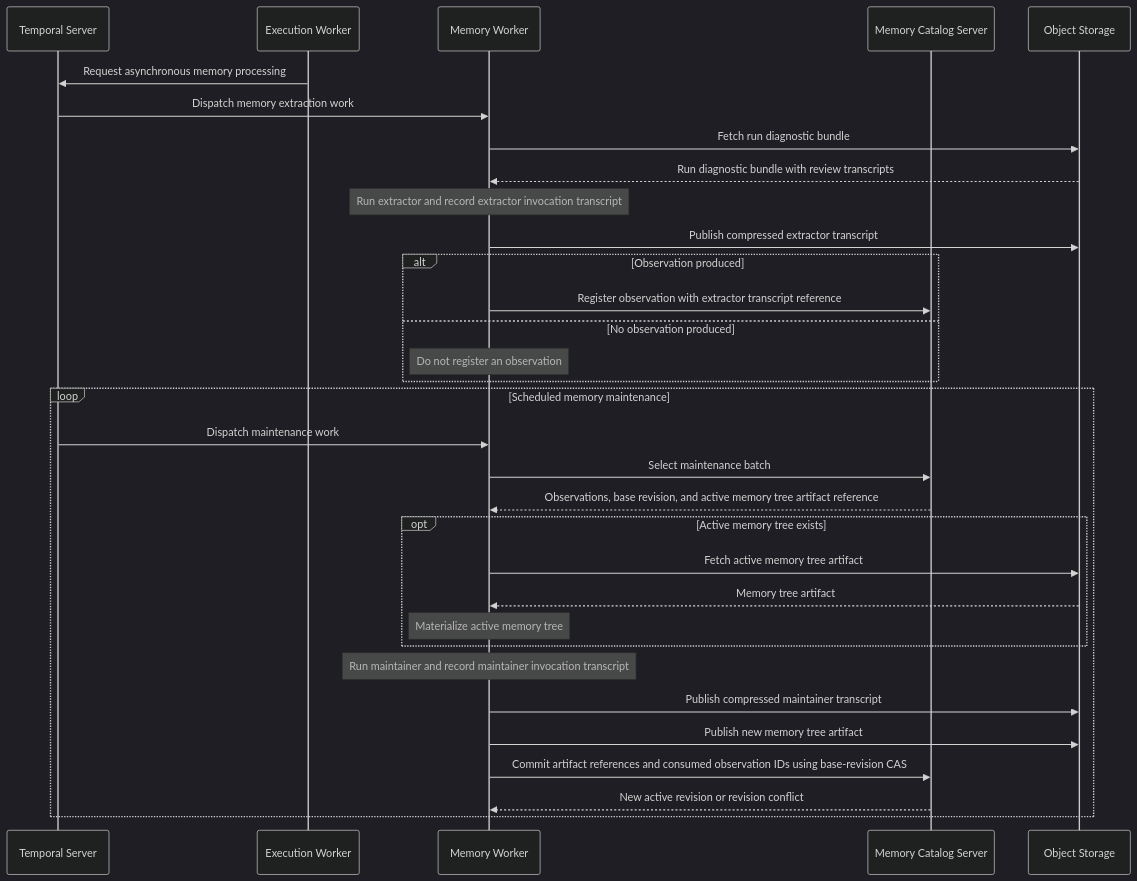
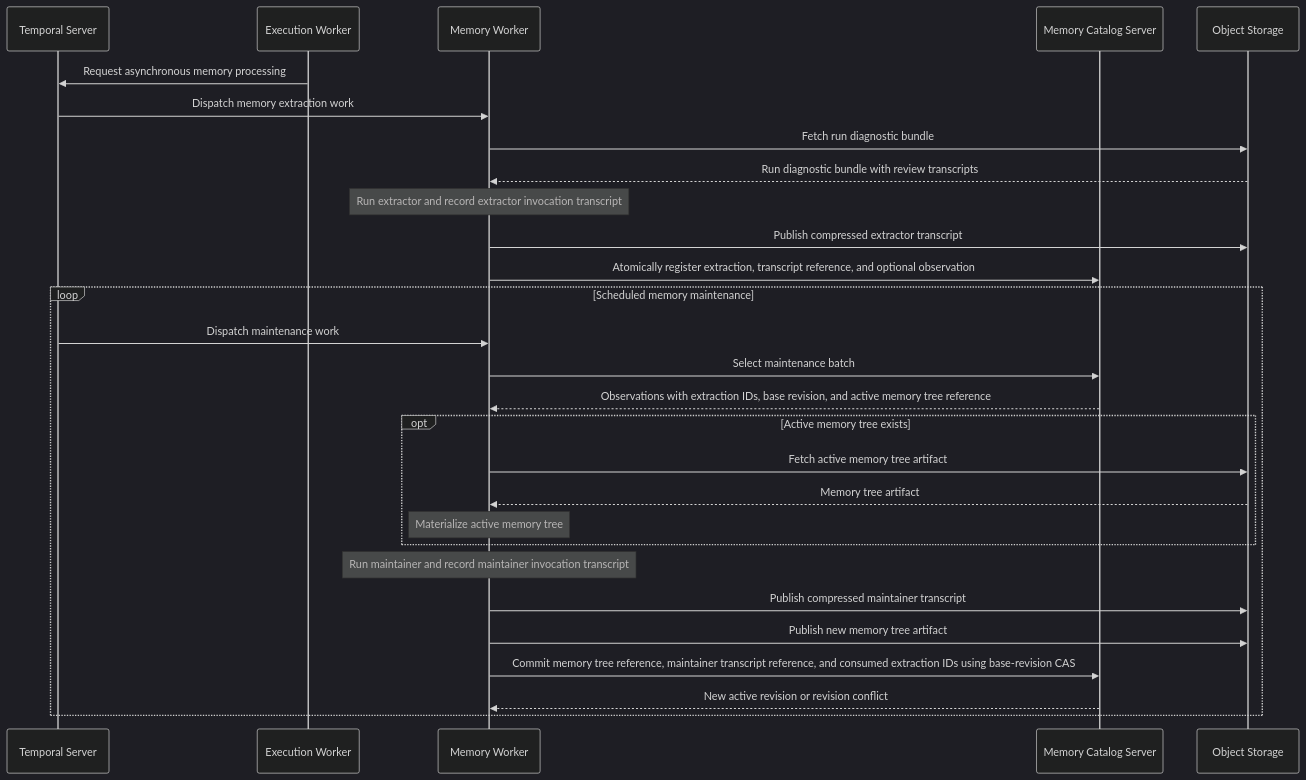
Before and after one commit to Agent-AI-Chalmers/sec-review-bot: the second of 2 diagrams in docs/architecture/SYSTEM_ARCHITECTURE.md, drawn with Mermaid (dark theme). The commit also changed 32 other files, not shown here.

Commit message:
refactor(memory)!: make extraction the provenance boundary

````diff
--- a/docs/architecture/SYSTEM_ARCHITECTURE.md
+++ b/docs/architecture/SYSTEM_ARCHITECTURE.md
@@ -61,35 +61,31 @@
 ```mermaid
 sequenceDiagram
   participant Temporal as Temporal Server
   participant ExecutionWorker as Execution Worker
   participant MemoryWorker as Memory Worker
   participant Catalog as Memory Catalog Server
   participant Storage as Object Storage
 
   ExecutionWorker->>Temporal: Request asynchronous memory processing
   Temporal->>MemoryWorker: Dispatch memory extraction work
   MemoryWorker->>Storage: Fetch run diagnostic bundle
   Storage-->>MemoryWorker: Run diagnostic bundle with review transcripts
   Note over MemoryWorker: Run extractor and record extractor invocation transcript
   MemoryWorker->>Storage: Publish compressed extractor transcript
-  alt Observation produced
-    MemoryWorker->>Catalog: Register observation with extractor transcript reference
-  else No observation produced
-    Note over MemoryWorker: Do not register an observation
-  end
+  MemoryWorker->>Catalog: Atomically register extraction, transcript reference, and optional observation
   loop Scheduled memory maintenance
     Temporal->>MemoryWorker: Dispatch maintenance work
     MemoryWorker->>Catalog: Select maintenance batch
-    Catalog-->>MemoryWorker: Observations, base revision, and active memory tree artifact reference
+    Catalog-->>MemoryWorker: Observations with extraction IDs, base revision, and active memory tree reference
     opt Active memory tree exists
       MemoryWorker->>Storage: Fetch active memory tree artifact
       Storage-->>MemoryWorker: Memory tree artifact
       Note over MemoryWorker: Materialize active memory tree
     end
     Note over MemoryWorker: Run maintainer and record maintainer invocation transcript
     MemoryWorker->>Storage: Publish compressed maintainer transcript
     MemoryWorker->>Storage: Publish new memory tree artifact
-    MemoryWorker->>Catalog: Commit artifact references and consumed observation IDs using base-revision CAS
+    MemoryWorker->>Catalog: Commit memory tree reference, maintainer transcript reference, and consumed extraction IDs using base-revision CAS
     Catalog-->>MemoryWorker: New active revision or revision conflict
   end
 ```
````
